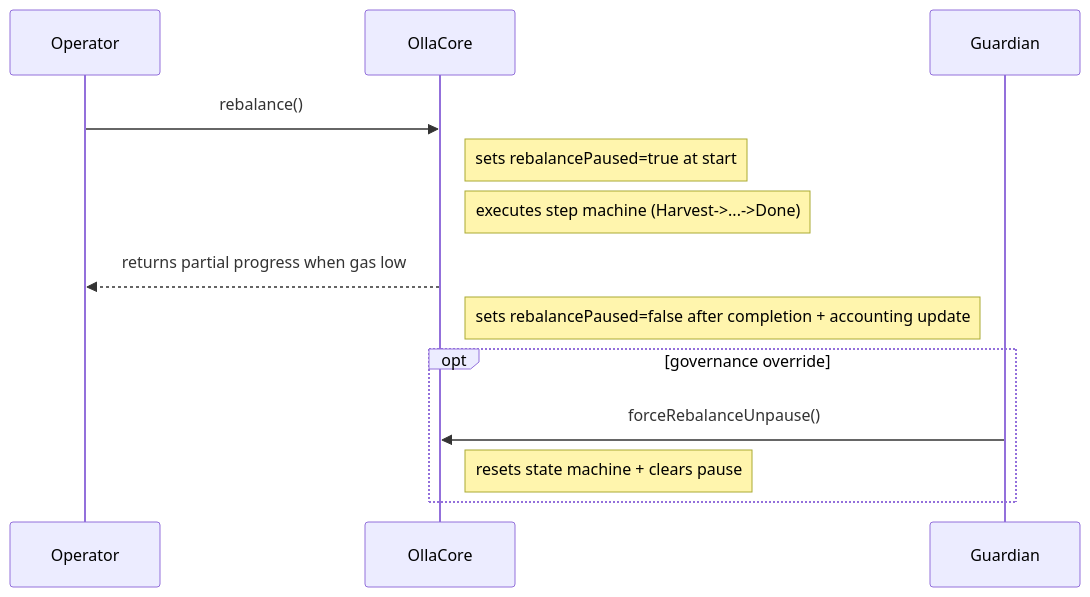
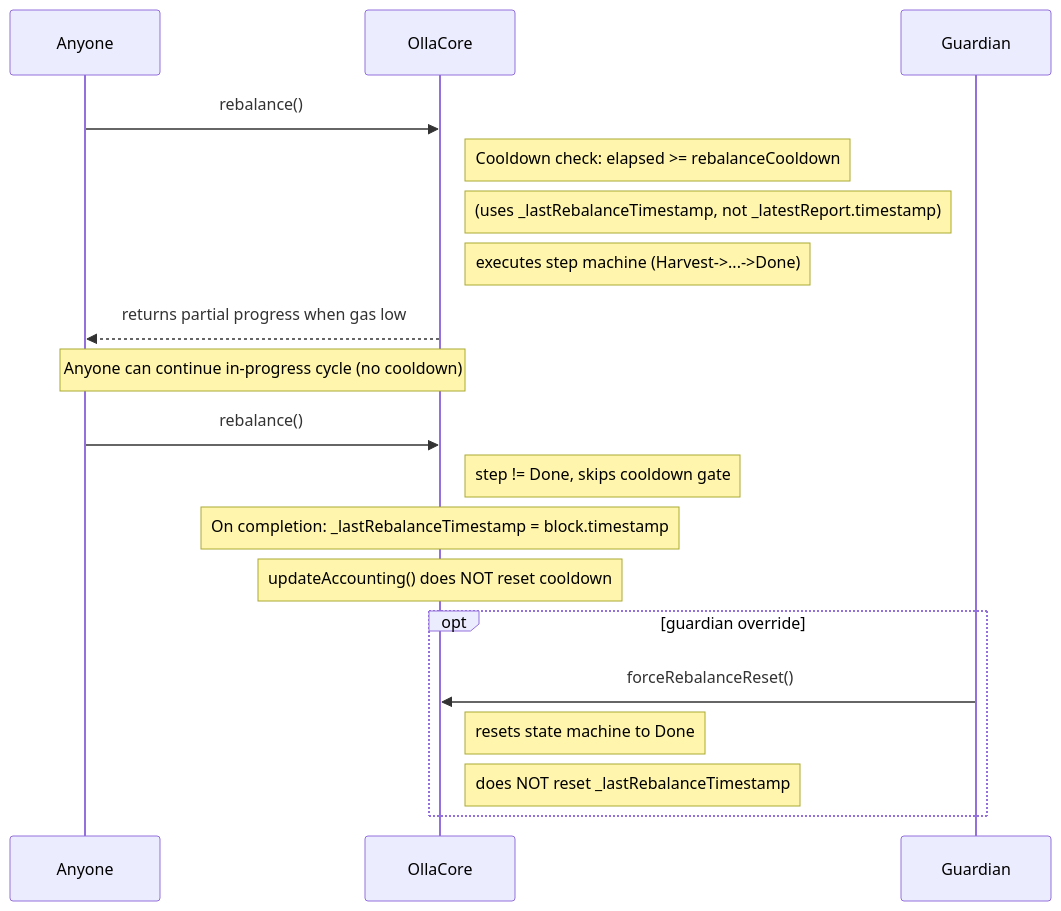
One commit to ollafinance/core changed the eighth of 9 diagrams in docs/operator-actions.md. Above: the diagram before and after it, drawn with Mermaid. The commit also changed other lines of this file and 54 other files, not shown here.

First line of the commit message:
fix: make rebalance, accounting, and staking manager functions permissionless (#300)

````diff
--- a/docs/operator-actions.md
+++ b/docs/operator-actions.md
@@ -176,17 +211,25 @@
 ```mermaid
 sequenceDiagram
-    participant OP as Operator
+    participant A as Anyone
     participant C as OllaCore
     participant G as Guardian
 
-    OP->>C: rebalance()
-    Note right of C: sets rebalancePaused=true at start
+    A->>C: rebalance()
+    Note right of C: Cooldown check: elapsed >= rebalanceCooldown
+    Note right of C: (uses _lastRebalanceTimestamp, not _latestReport.timestamp)
     Note right of C: executes step machine (Harvest->...->Done)
-    C-->>OP: returns partial progress when gas low
-    Note right of C: sets rebalancePaused=false after completion + accounting update
+    C-->>A: returns partial progress when gas low
 
-    opt governance override
-        G->>C: forceRebalanceUnpause()
-        Note right of C: resets state machine + clears pause
+    Note over A,C: Anyone can continue in-progress cycle (no cooldown)
+    A->>C: rebalance()
+    Note right of C: step != Done, skips cooldown gate
+
+    Note over C: On completion: _lastRebalanceTimestamp = block.timestamp
+    Note over C: updateAccounting() does NOT reset cooldown
+
+    opt guardian override
+        G->>C: forceRebalanceReset()
+        Note right of C: resets state machine to Done
+        Note right of C: does NOT reset _lastRebalanceTimestamp
     end
 ```
````
